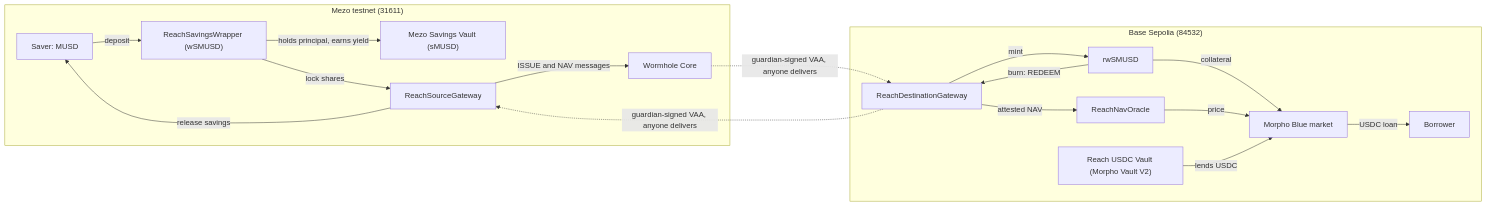
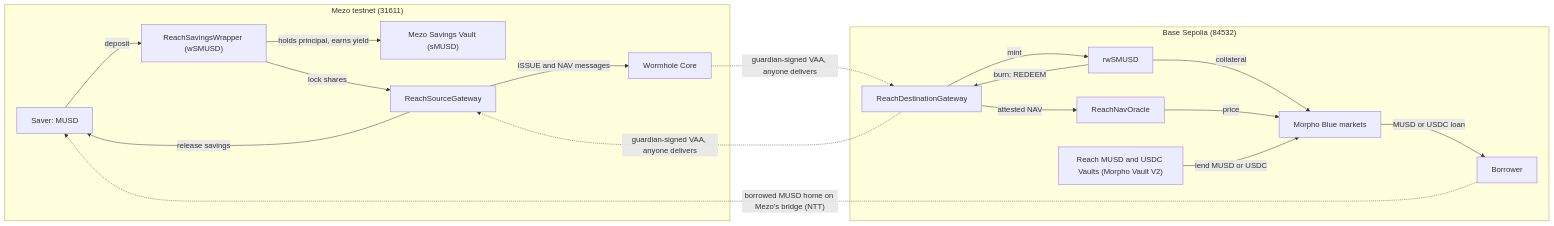
Before and after one commit to TheWeirdDee/musd-reach: the diagram in README.md, drawn with Mermaid. The commit also changed other lines of this file and 106 other files, not shown here.

````diff
--- a/README.md
+++ b/README.md
@@ -95,21 +129,22 @@
 ```mermaid
 flowchart LR
   subgraph Mezo["Mezo testnet (31611)"]
     U["Saver: MUSD"] -->|deposit| W["ReachSavingsWrapper (wSMUSD)"]
     W -->|holds principal, earns yield| V["Mezo Savings Vault (sMUSD)"]
     W -->|lock shares| S["ReachSourceGateway"]
     S -->|ISSUE and NAV messages| CM["Wormhole Core"]
     S -->|release savings| U
   end
   subgraph Base["Base Sepolia (84532)"]
     D["ReachDestinationGateway"] -->|mint| R["rwSMUSD"]
     D -->|attested NAV| O["ReachNavOracle"]
-    R -->|collateral| M["Morpho Blue market"]
+    R -->|collateral| M["Morpho Blue markets"]
     O -->|price| M
-    L["Reach USDC Vault (Morpho Vault V2)"] -->|lends USDC| M
-    M -->|USDC loan| B["Borrower"]
+    L["Reach MUSD and USDC Vaults (Morpho Vault V2)"] -->|lend MUSD or USDC| M
+    M -->|MUSD or USDC loan| B["Borrower"]
+    B -.->|"borrowed MUSD home on Mezo's bridge (NTT)"| U
     R -->|burn: REDEEM| D
   end
   CM -.->|guardian-signed VAA, anyone delivers| D
   D -.->|guardian-signed VAA, anyone delivers| S
 ```
````
